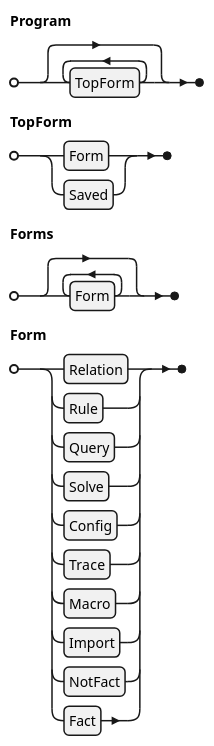
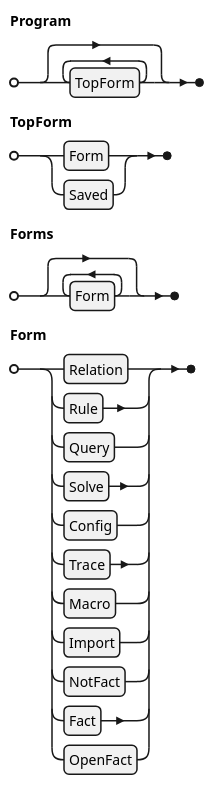
Before and after one commit to agutikov/ein: the diagram in docs/ein/user/04-reference/diagrams/01-grammar-phrase-program.puml, drawn with PlantUML. The commit also changed 41 other files, not shown here.

```diff
--- a/docs/ein/user/04-reference/diagrams/01-grammar-phrase-program.puml
+++ b/docs/ein/user/04-reference/diagrams/01-grammar-phrase-program.puml
@@ -1,6 +1,7 @@
 @startebnf
 Program = { TopForm } ;
 TopForm = Form | Saved ;
 Forms = { Form } ;
-Form = Relation | Rule | Query | Solve | Config | Trace | Macro | Import | NotFact | Fact ;
+Form =
+  Relation | Rule | Query | Solve | Config | Trace | Macro | Import | NotFact | Fact | OpenFact ;
 @endebnf
```
